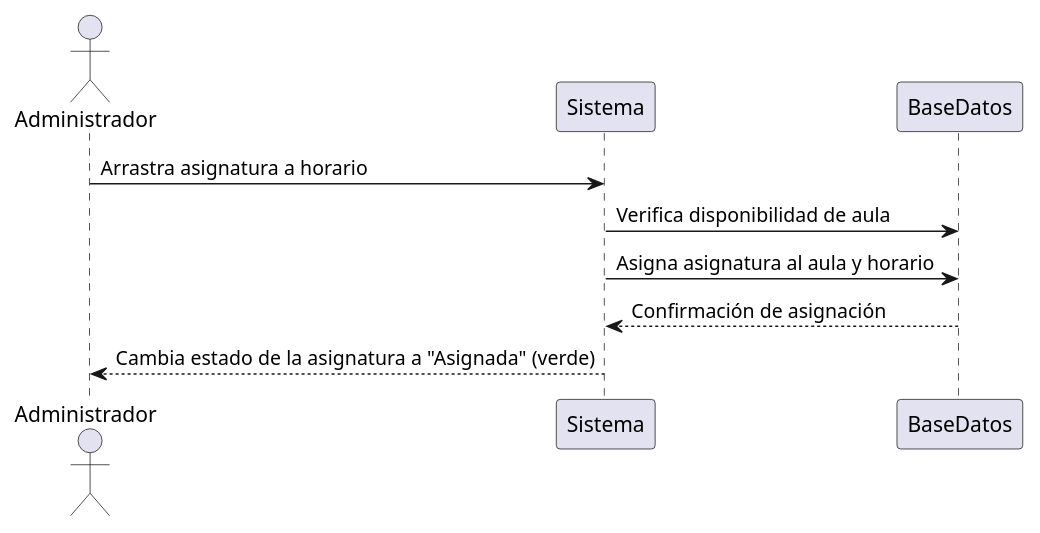
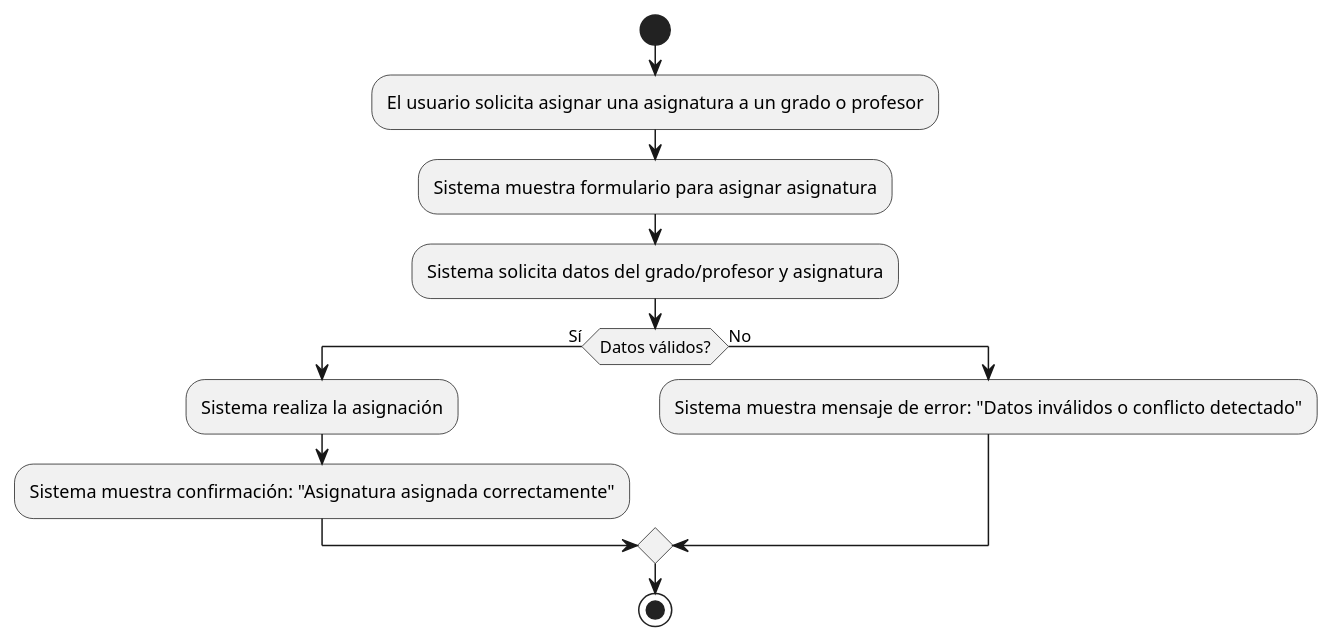
The diagram in casosDeUso/plantUML/AsignarAsignatura.puml (mmasias/24-25-IdSw1-SDR), drawn with PlantUML before and after one commit.

```diff
--- a/casosDeUso/plantUML/AsignarAsignatura.puml
+++ b/casosDeUso/plantUML/AsignarAsignatura.puml
@@ -1,9 +1,13 @@
 @startuml
-actor Administrador as A
-
-A -> Sistema : Arrastra asignatura a horario
-Sistema -> BaseDatos : Verifica disponibilidad de aula
-Sistema -> BaseDatos : Asigna asignatura al aula y horario
-BaseDatos --> Sistema : Confirmación de asignación
-Sistema --> A : Cambia estado de la asignatura a "Asignada" (verde)
+start
+:El usuario solicita asignar una asignatura a un grado o profesor;
+:Sistema muestra formulario para asignar asignatura;
+:Sistema solicita datos del grado/profesor y asignatura;
+if (Datos válidos?) then (Sí)
+  :Sistema realiza la asignación;
+  :Sistema muestra confirmación: "Asignatura asignada correctamente";
+else (No)
+  :Sistema muestra mensaje de error: "Datos inválidos o conflicto detectado";
+endif
+stop
 @enduml
```
